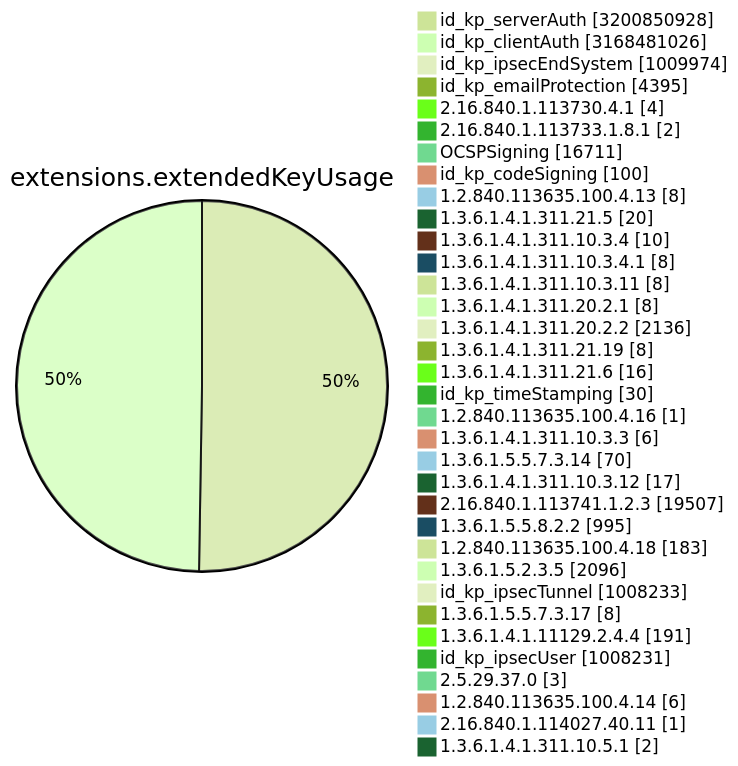
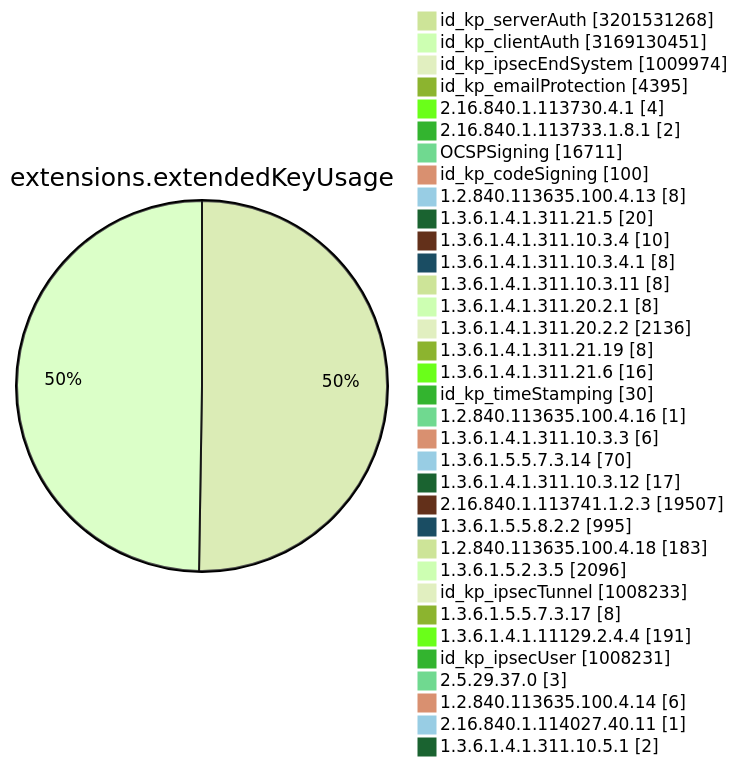
One commit to christiankrug/ctmonitor_visualization changed diagram 11 of 15 in TOTAL/README.md. Above: the diagram before and after it, drawn with Mermaid (forest theme). The commit also changed other lines of this file, not shown here.

````diff
--- a/TOTAL/README.md
+++ b/TOTAL/README.md
@@ -4119,38 +4119,38 @@
 ```mermaid
 pie showData
 title extensions.extendedKeyUsage
-"id_kp_serverAuth" :3200850928
-"id_kp_clientAuth" :3168481026
+"id_kp_serverAuth" :3201531268
+"id_kp_clientAuth" :3169130451
 "id_kp_ipsecEndSystem" :1009974
 "id_kp_emailProtection" :4395
 "2.16.840.1.113730.4.1" :4
 "2.16.840.1.113733.1.8.1" :2
 "OCSPSigning" :16711
 "id_kp_codeSigning" :100
 "1.2.840.113635.100.4.13" :8
 "1.3.6.1.4.1.311.21.5" :20
 "1.3.6.1.4.1.311.10.3.4" :10
 "1.3.6.1.4.1.311.10.3.4.1" :8
 "1.3.6.1.4.1.311.10.3.11" :8
 "1.3.6.1.4.1.311.20.2.1" :8
 "1.3.6.1.4.1.311.20.2.2" :2136
 "1.3.6.1.4.1.311.21.19" :8
 "1.3.6.1.4.1.311.21.6" :16
 "id_kp_timeStamping" :30
 "1.2.840.113635.100.4.16" :1
 "1.3.6.1.4.1.311.10.3.3" :6
 "1.3.6.1.5.5.7.3.14" :70
 "1.3.6.1.4.1.311.10.3.12" :17
 "2.16.840.1.113741.1.2.3" :19507
 "1.3.6.1.5.5.8.2.2" :995
 "1.2.840.113635.100.4.18" :183
 "1.3.6.1.5.2.3.5" :2096
 "id_kp_ipsecTunnel" :1008233
 "1.3.6.1.5.5.7.3.17" :8
 "1.3.6.1.4.1.11129.2.4.4" :191
 "id_kp_ipsecUser" :1008231
 "2.5.29.37.0" :3
 "1.2.840.113635.100.4.14" :6
 "2.16.840.1.114027.40.11" :1
 "1.3.6.1.4.1.311.10.5.1" :2
 ```
````
